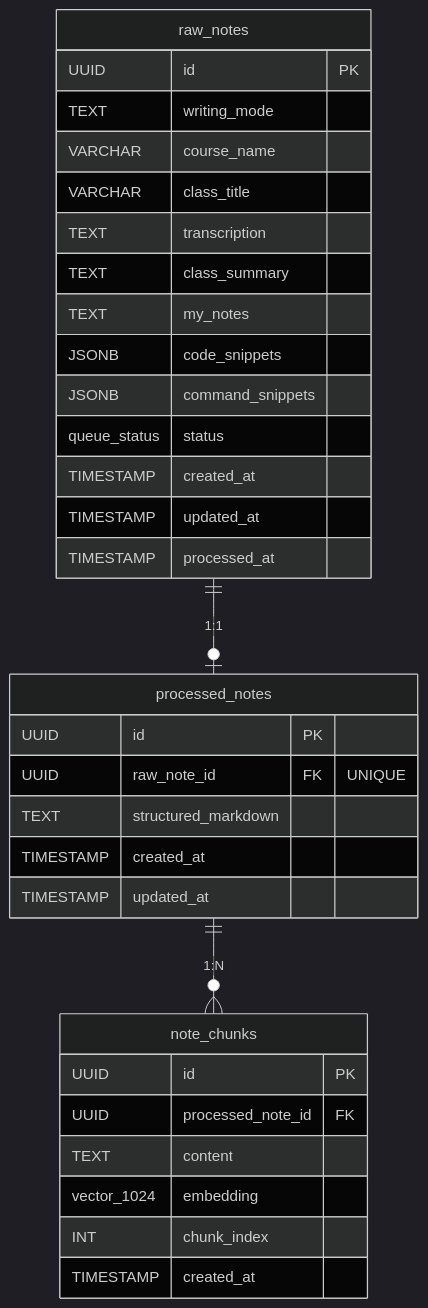
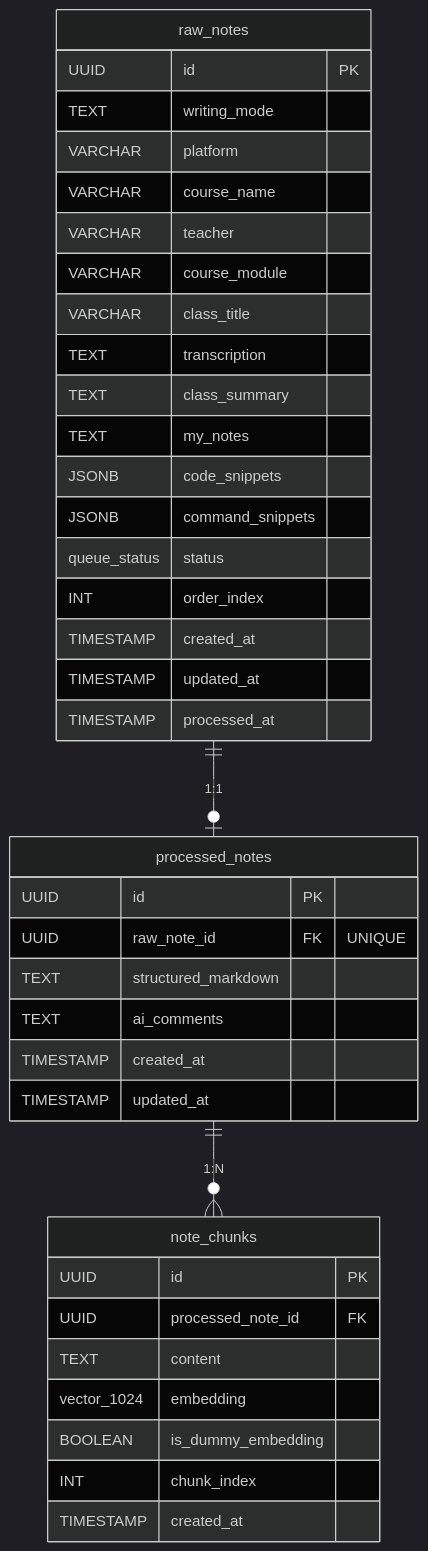
One commit to JamesKristofUbiarco/Concat-notes changed the eighth of 9 diagrams in docs/agent-architecture.md. Above: the diagram before and after it, drawn with Mermaid (dark theme). The commit also changed other lines of this file and 27 other files, not shown here.

````diff
--- a/docs/agent-architecture.md
+++ b/docs/agent-architecture.md
@@ -306,38 +351,44 @@
 ```mermaid
 erDiagram
     raw_notes ||--o| processed_notes : "1:1"
     processed_notes ||--o{ note_chunks : "1:N"
 
     raw_notes {
         UUID id PK
         TEXT writing_mode
+        VARCHAR platform
         VARCHAR course_name
+        VARCHAR teacher
+        VARCHAR course_module
         VARCHAR class_title
         TEXT transcription
         TEXT class_summary
         TEXT my_notes
         JSONB code_snippets
         JSONB command_snippets
         queue_status status
+        INT order_index
         TIMESTAMP created_at
         TIMESTAMP updated_at
         TIMESTAMP processed_at
     }
 
     processed_notes {
         UUID id PK
         UUID raw_note_id FK "UNIQUE"
         TEXT structured_markdown
+        TEXT ai_comments
         TIMESTAMP created_at
         TIMESTAMP updated_at
     }
 
     note_chunks {
         UUID id PK
         UUID processed_note_id FK
         TEXT content
         vector_1024 embedding
+        BOOLEAN is_dummy_embedding
         INT chunk_index
         TIMESTAMP created_at
     }
 ```
````
